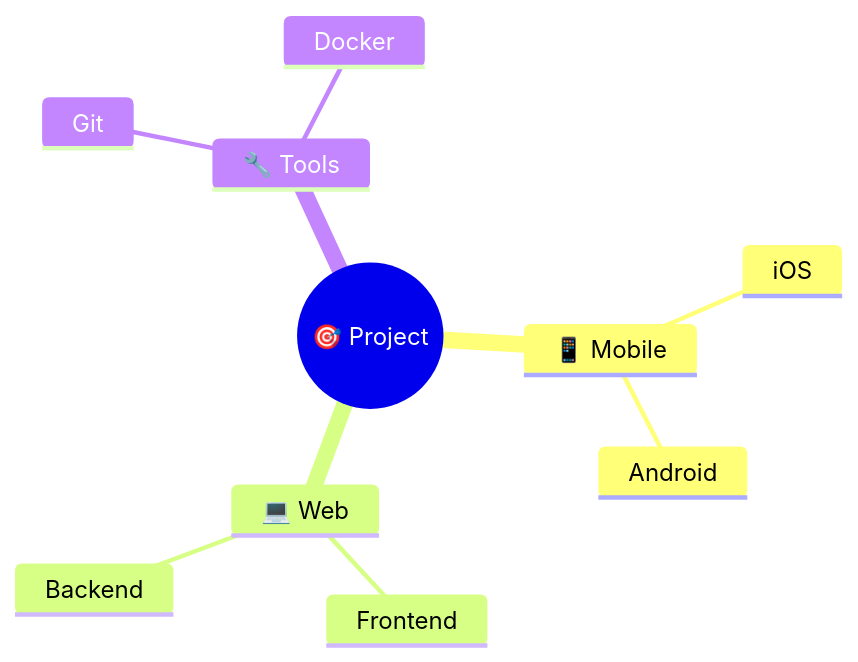
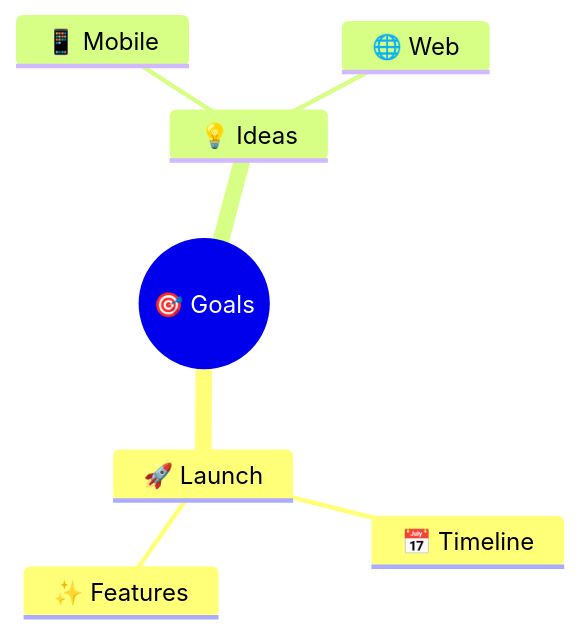
The sixth of 10 diagrams in README.md (gkwa/itmusic), drawn with Mermaid before and after one commit. The commit also changed other lines of this file, not shown here.

````diff
--- a/README.md
+++ b/README.md
@@ -73,13 +71,10 @@
 ```mermaid
 mindmap
-    root((🎯 Project))
-        📱 Mobile
-            iOS
-            Android
-        💻 Web
-            Frontend
-            Backend
-        🔧 Tools
-            Git
-            Docker
+    root((🎯 Goals))
+        🚀 Launch
+            📅 Timeline
+            ✨ Features
+        💡 Ideas
+            📱 Mobile
+            🌐 Web
 ```
````
